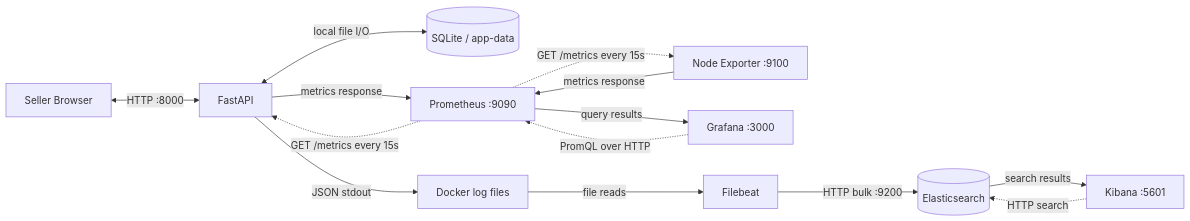
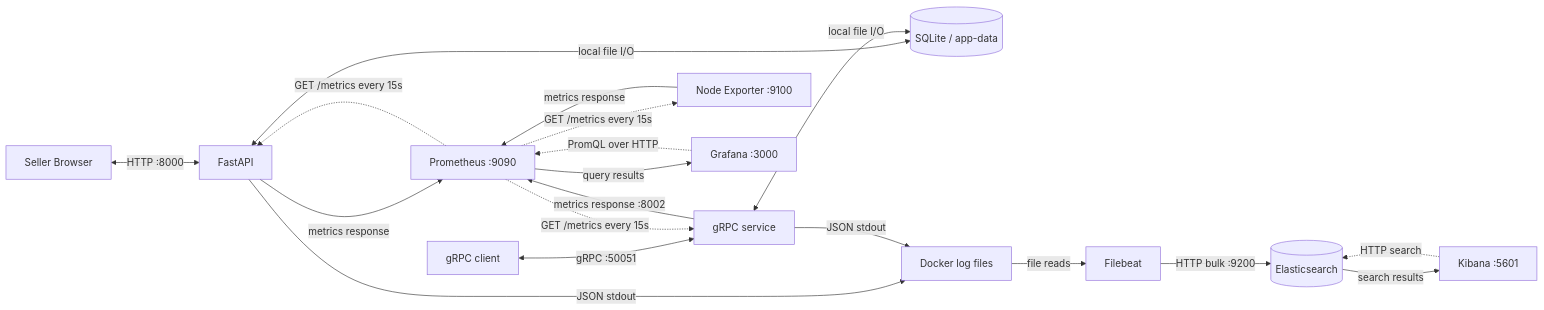
One commit to zainab-dude/Instagram-order-desk changed the diagram in README.md. Above: the diagram before and after it, drawn with Mermaid. The commit also changed other lines of this file and 1 other file, not shown here.

````diff
--- a/README.md
+++ b/README.md
@@ -13,16 +15,21 @@
 ```mermaid
 flowchart LR
   Browser[Seller Browser] <-->|HTTP :8000| App[FastAPI]
+  Client[gRPC client] <-->|gRPC :50051| GRPC[gRPC service]
   App <-->|local file I/O| DB[(SQLite / app-data)]
+  GRPC <-->|local file I/O| DB
   App -->|metrics response| Prom[Prometheus :9090]
+  GRPC -->|metrics response :8002| Prom
   Node[Node Exporter :9100] -->|metrics response| Prom
   Prom -.->|GET /metrics every 15s| App
+  Prom -.->|GET /metrics every 15s| GRPC
   Prom -.->|GET /metrics every 15s| Node
   Prom -->|query results| Graf[Grafana :3000]
   Graf -.->|PromQL over HTTP| Prom
   App -->|JSON stdout| Docker[Docker log files]
+  GRPC -->|JSON stdout| Docker
   Docker -->|file reads| Beat[Filebeat]
   Beat -->|HTTP bulk :9200| ES[(Elasticsearch)]
   ES -->|search results| Kib[Kibana :5601]
   Kib -.->|HTTP search| ES
 ```
````
